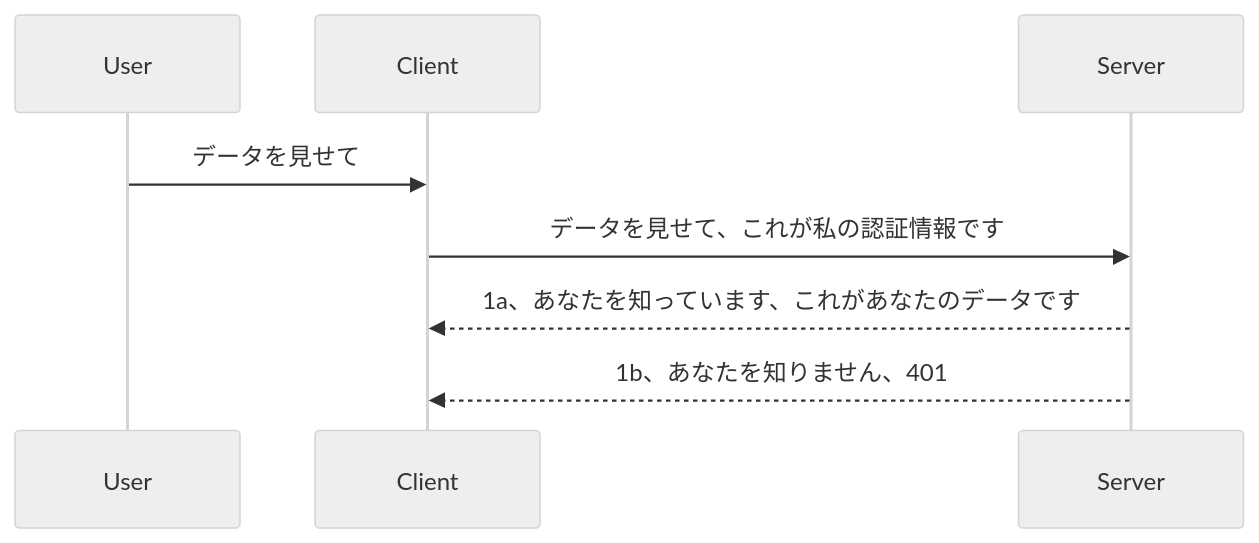
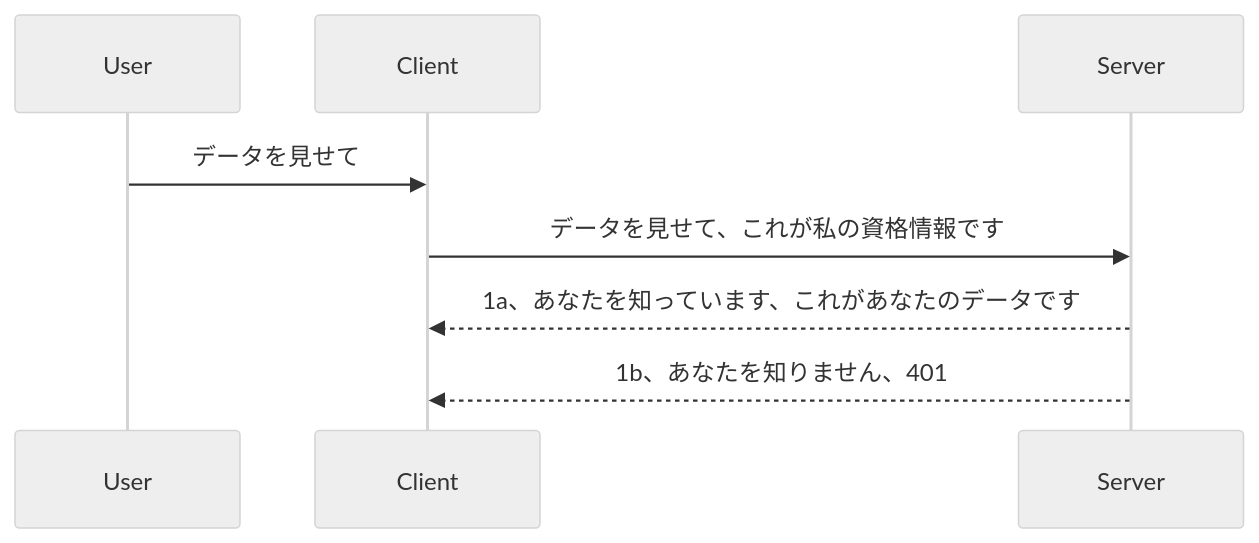
One commit to HIDORAKAI002/ai-workspace-archive changed the diagram in mcp_ecosystem__model_context_protocol/mcp_learning_resources/mcp-for-beginners/translations/ja/03-GettingStarted/11-simple-auth/README.md. Above: the diagram before and after it, drawn with Mermaid (neutral theme). The commit also changed other lines of this file and 1160 other files, not shown here.

````diff
--- a/mcp_ecosystem__model_context_protocol/mcp_learning_resources/mcp-for-beginners/translations/ja/03-GettingStarted/11-simple-auth/README.md
+++ b/mcp_ecosystem__model_context_protocol/mcp_learning_resources/mcp-for-beginners/translations/ja/03-GettingStarted/11-simple-auth/README.md
@@ -24,11 +24,11 @@
 ```mermaid
 sequenceDiagram
    participant User
    participant Client
    participant Server
 
    User->>Client: データを見せて
-   Client->>Server: データを見せて、これが私の認証情報です
+   Client->>Server: データを見せて、これが私の資格情報です
    Server-->>Client: 1a、あなたを知っています、これがあなたのデータです
-   Server-->>Client: 1b、あなたを知りません、401 
+   Server-->>Client: 1b、あなたを知りません、401
 ```
````
